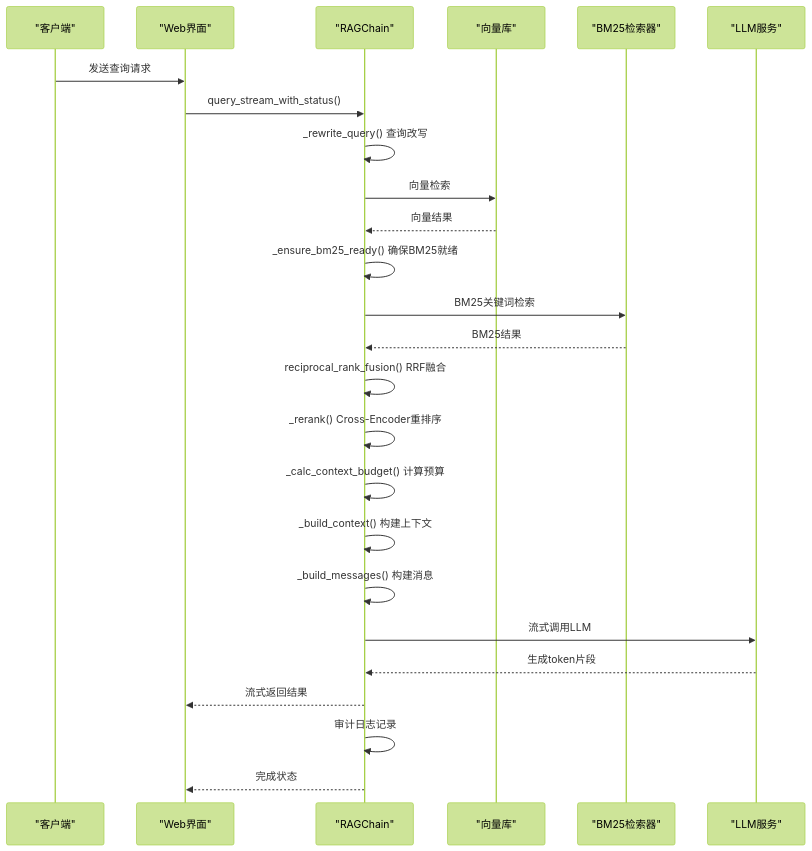
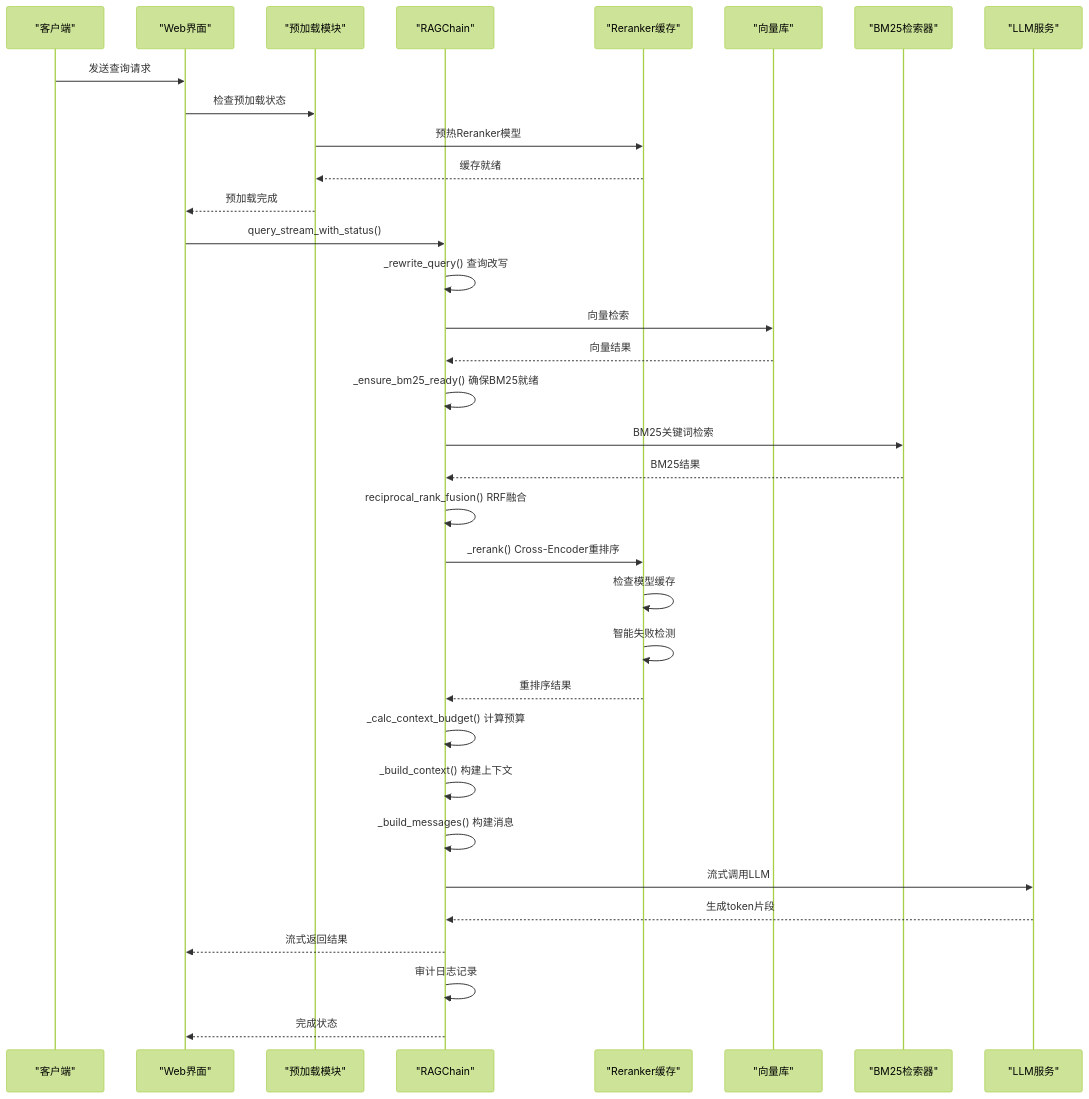
Before and after one commit to joyafa/knowledge: the second of 11 diagrams in .qoder/repowiki/zh/content/RAG核心引擎/RAG检索链实现/RAG检索链实现.md, drawn with Mermaid (forest theme). The commit also changed other lines of this file and 16 other files, not shown here.

````diff
--- a/.qoder/repowiki/zh/content/RAG核心引擎/RAG检索链实现/RAG检索链实现.md
+++ b/.qoder/repowiki/zh/content/RAG核心引擎/RAG检索链实现/RAG检索链实现.md
@@ -123,27 +137,36 @@
 ```mermaid
 sequenceDiagram
 participant Client as "客户端"
 participant UI as "Web界面"
+participant Preload as "预加载模块"
 participant Chain as "RAGChain"
+participant Cache as "Reranker缓存"
 participant VS as "向量库"
 participant BM25 as "BM25检索器"
 participant LLM as "LLM服务"
 Client->>UI : 发送查询请求
+UI->>Preload : 检查预加载状态
+Preload->>Cache : 预热Reranker模型
+Cache-->>Preload : 缓存就绪
+Preload-->>UI : 预加载完成
 UI->>Chain : query_stream_with_status()
 Chain->>Chain : _rewrite_query() 查询改写
 Chain->>VS : 向量检索
 VS-->>Chain : 向量结果
 Chain->>Chain : _ensure_bm25_ready() 确保BM25就绪
 Chain->>BM25 : BM25关键词检索
 BM25-->>Chain : BM25结果
 Chain->>Chain : reciprocal_rank_fusion() RRF融合
-Chain->>Chain : _rerank() Cross-Encoder重排序
+Chain->>Cache : _rerank() Cross-Encoder重排序
+Cache->>Cache : 检查模型缓存
+Cache->>Cache : 智能失败检测
+Cache-->>Chain : 重排序结果
 Chain->>Chain : _calc_context_budget() 计算预算
 Chain->>Chain : _build_context() 构建上下文
 Chain->>Chain : _build_messages() 构建消息
 Chain->>LLM : 流式调用LLM
 LLM-->>Chain : 生成token片段
 Chain-->>UI : 流式返回结果
 Chain->>Chain : 审计日志记录
 Chain-->>UI : 完成状态
 ```
````
